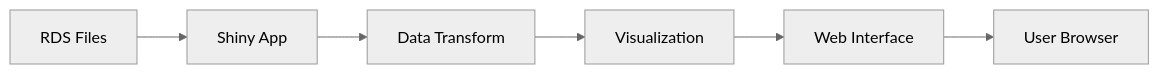
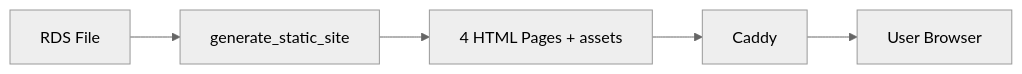
Before and after one commit to chrisschwer/League-Simulator-Update: the fourth of 6 diagrams in docs/architecture/overview.md, drawn with Mermaid (neutral theme). The commit also changed other lines of this file and 2 other files, not shown here.

````diff
--- a/docs/architecture/overview.md
+++ b/docs/architecture/overview.md
@@ -167,8 +171,7 @@
 ```mermaid
 graph LR
-    A[RDS Files] --> B[Shiny App]
-    B --> C[Data Transform]
-    C --> D[Visualization]
-    D --> E[Web Interface]
-    E --> F[User Browser]
+    A[RDS File] --> B[generate_static_site]
+    B --> C[4 HTML Pages + assets]
+    C --> D[Caddy]
+    D --> E[User Browser]
 ```
````
